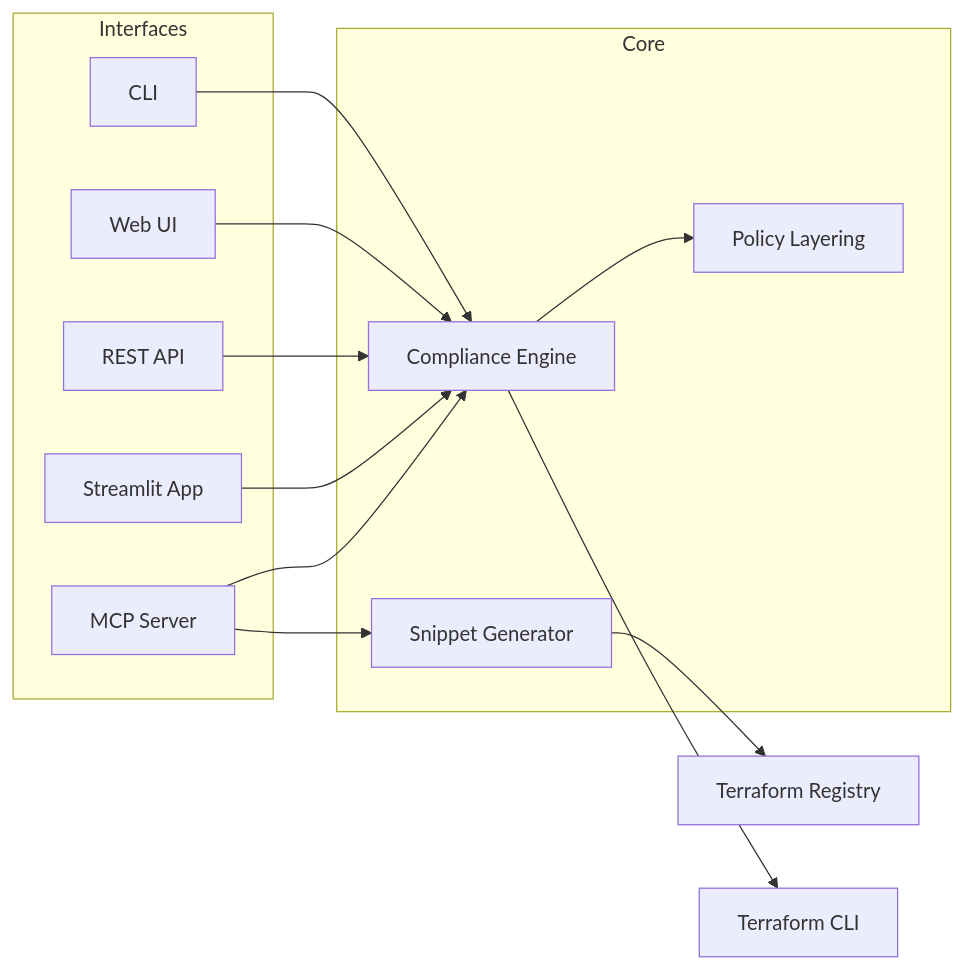
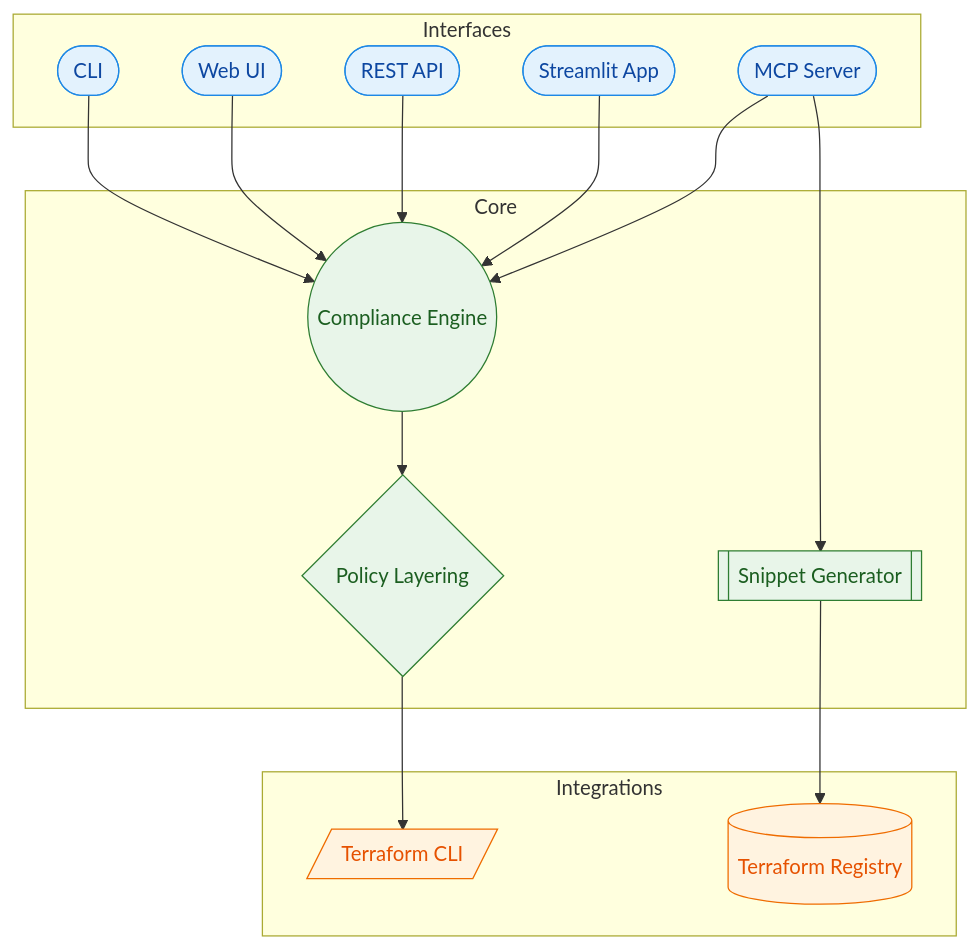
Before and after one commit to Huzefaaa2/terraform-guardrail: the first of 3 diagrams in docs/wiki/Architecture.md, drawn with Mermaid. The commit also changed 2 other files, not shown here.

Commit message:
Update high-level architecture diagrams

````diff
--- a/docs/wiki/Architecture.md
+++ b/docs/wiki/Architecture.md
@@ -7,29 +7,38 @@
 ```mermaid
-flowchart LR
+flowchart TB
     subgraph Interfaces
-        CLI[CLI]
-        MCP[MCP Server]
-        WEB[Web UI]
-        API[REST API]
-        STL[Streamlit App]
+        CLI([CLI])
+        MCP([MCP Server])
+        WEB([Web UI])
+        API([REST API])
+        STL([Streamlit App])
     end
 
     subgraph Core
-        SCAN[Compliance Engine]
-        GEN[Snippet Generator]
-        POLICY[Policy Layering]
+        SCAN((Compliance Engine))
+        GEN[[Snippet Generator]]
+        POLICY{Policy Layering}
     end
 
-    REG[Terraform Registry]
-    TF[Terraform CLI]
+    subgraph Integrations
+        TF[/Terraform CLI/]
+        REG[(Terraform Registry)]
+    end
 
     CLI --> SCAN
     WEB --> SCAN
     API --> SCAN
     STL --> SCAN
     MCP --> SCAN
     MCP --> GEN
-    SCAN --> TF
+    SCAN --> POLICY --> TF
     GEN --> REG
-    SCAN --> POLICY
+
+    classDef interface fill:#e3f2fd,stroke:#1e88e5,stroke-width:1px,color:#0d47a1;
+    classDef core fill:#e8f5e9,stroke:#2e7d32,stroke-width:1px,color:#1b5e20;
+    classDef integration fill:#fff3e0,stroke:#ef6c00,stroke-width:1px,color:#e65100;
+
+    class CLI,MCP,WEB,API,STL interface;
+    class SCAN,GEN,POLICY core;
+    class TF,REG integration;
 ```
````
